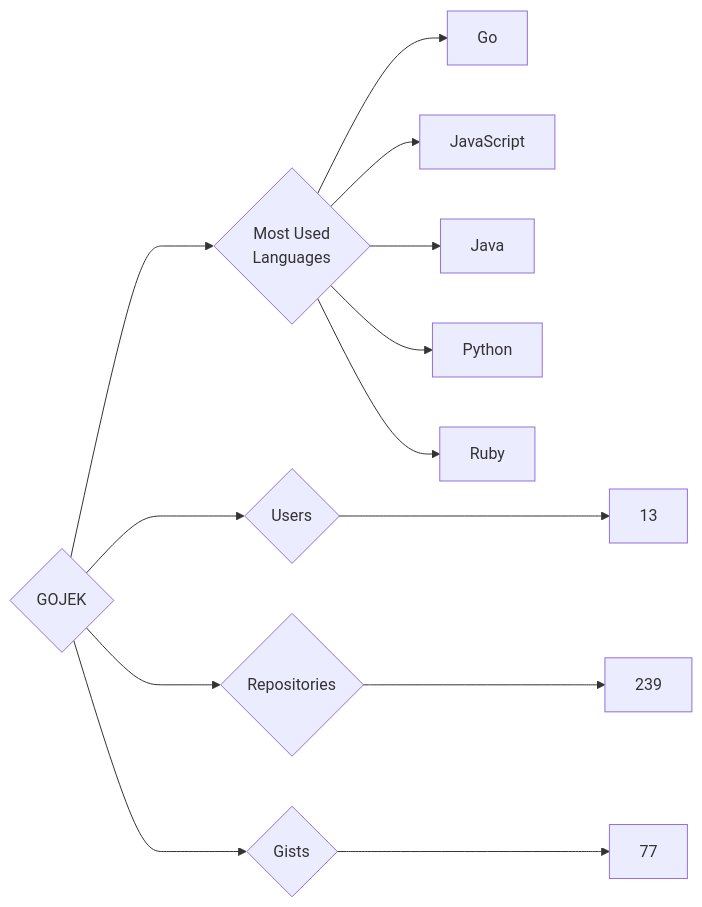
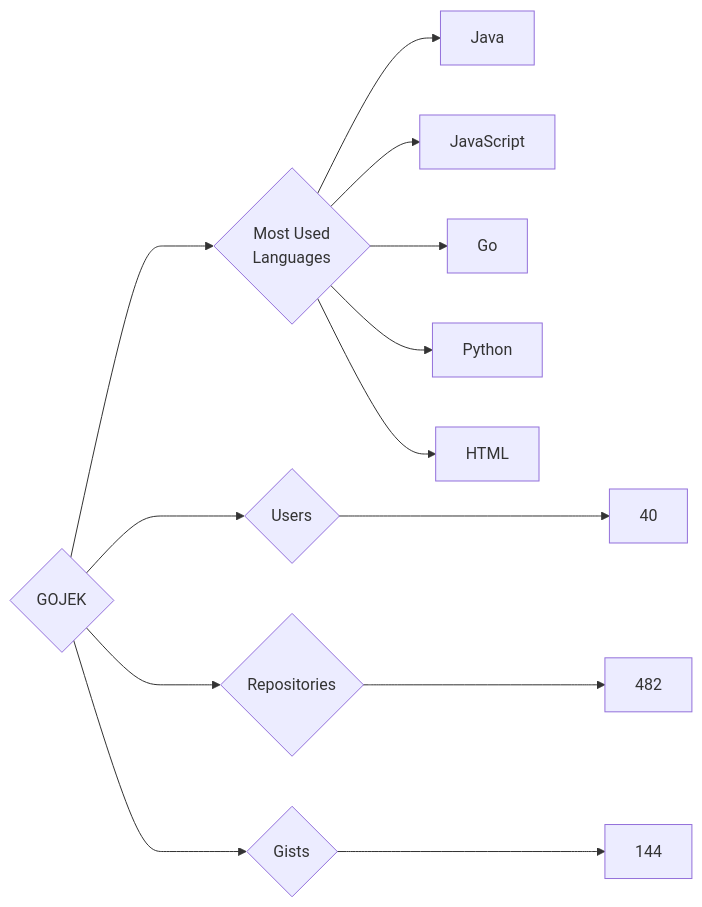
One commit to trickest/insiders changed the diagram in targets/GOJEK/README.md. Above: the diagram before and after it, drawn with Mermaid. The commit also changed 934 other files, not shown here.

````diff
--- a/targets/GOJEK/README.md
+++ b/targets/GOJEK/README.md
@@ -3,13 +3,13 @@
 ```mermaid
 graph LR
 COMPANY_NAME{GOJEK}
-COMPANY_NAME ---> U{Users} ---> UN[13]
-COMPANY_NAME ---> R{Repositories} ---> RN[239]
-COMPANY_NAME ---> G{Gists} ---> GN[77]
+COMPANY_NAME ---> U{Users} ---> UN[40]
+COMPANY_NAME ---> R{Repositories} ---> RN[482]
+COMPANY_NAME ---> G{Gists} ---> GN[144]
 COMPANY_NAME ---> ML{Most Used<br>Languages}
+ML --> Java[Java]
+ML --> JavaScript[JavaScript]
 ML --> Go[Go]
-ML --> JavaScript[JavaScript]
-ML --> Java[Java]
 ML --> Python[Python]
-ML --> Ruby[Ruby]
+ML --> HTML[HTML]
 ```
````
